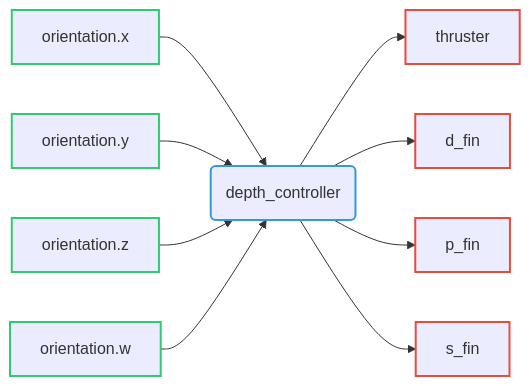
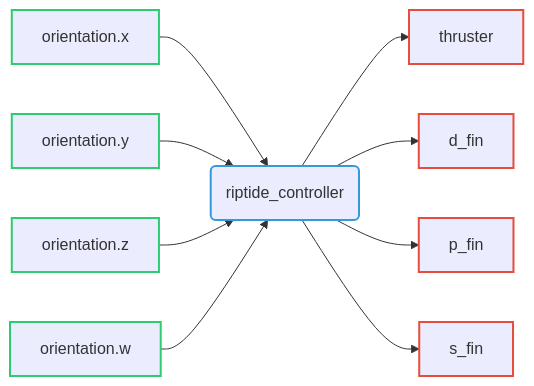
The second of 2 diagrams in docs/quickstart/controllers_list.md (Riptide-team/riptide-team.github.io), drawn with Mermaid before and after one commit.

Commit message:
Fixing controller name

````diff
--- a/docs/quickstart/controllers_list.md
+++ b/docs/quickstart/controllers_list.md
@@ -60,10 +60,10 @@
 ```mermaid
 flowchart LR
-    s1[orientation.x] & s2[orientation.y] & s3[orientation.z] & s4[orientation.w] --> c(depth_controller) --> c1[thruster] & c2[d_fin] & c3[p_fin] & c4[s_fin]
+    s1[orientation.x] & s2[orientation.y] & s3[orientation.z] & s4[orientation.w] --> c(riptide_controller) --> c1[thruster] & c2[d_fin] & c3[p_fin] & c4[s_fin]
     class s1,s2,s3,s4 state;
     class c1,c2,c3,c4 command;
     class c controller;
     classDef state stroke:#2ecc71,stroke-width:2px;
     classDef controller stroke:#3498db,stroke-width:2px;
     classDef command stroke:#e74c3c,stroke-width:2px;
 ```
````
